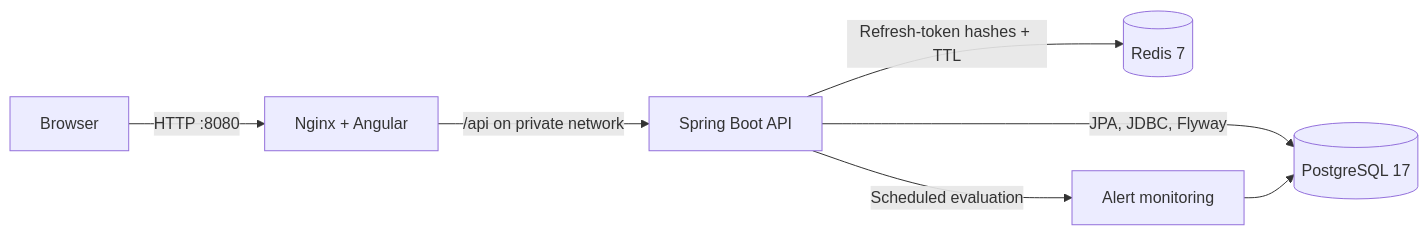
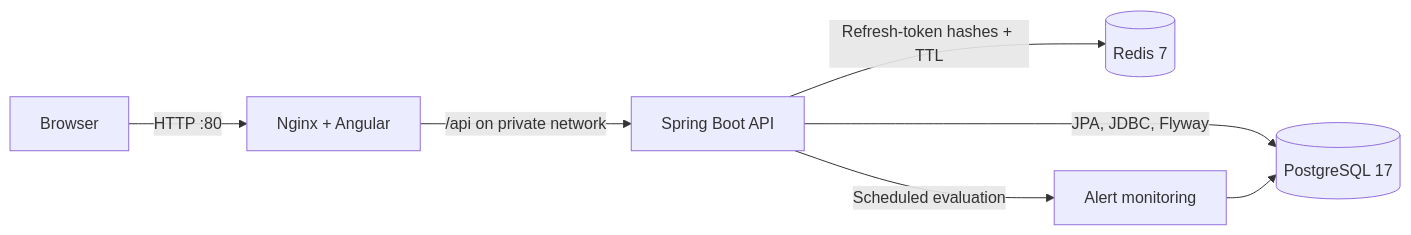
Before and after one commit to ShivamVerma-SV/Solaris: the diagram in README.md, drawn with Mermaid. The commit also changed other lines of this file and 4 other files, not shown here.

````diff
--- a/README.md
+++ b/README.md
@@ -37,9 +37,9 @@
 ```mermaid
 flowchart LR
-    B[Browser] -->|HTTP :8080| N[Nginx + Angular]
+    B[Browser] -->|HTTP :80| N[Nginx + Angular]
     N -->|/api on private network| A[Spring Boot API]
     A -->|JPA, JDBC, Flyway| P[(PostgreSQL 17)]
     A -->|Refresh-token hashes + TTL| R[(Redis 7)]
     A -->|Scheduled evaluation| M[Alert monitoring]
     M --> P
 ```
````
